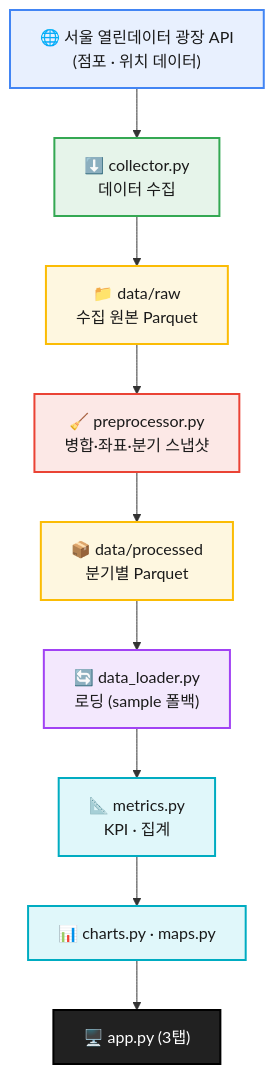
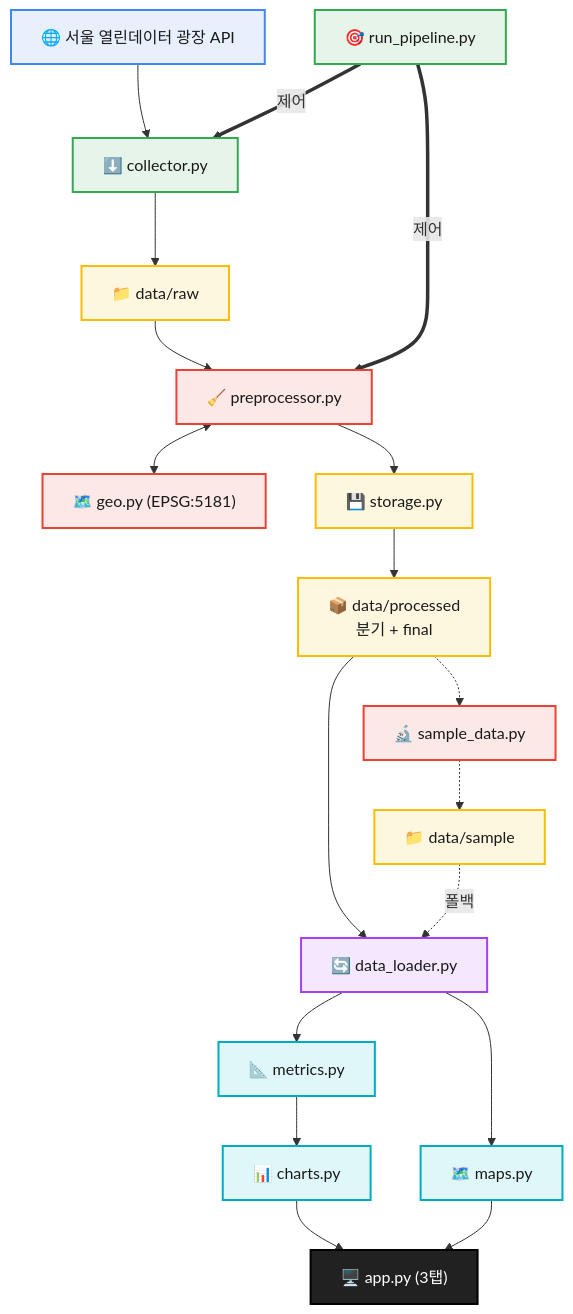
Before and after one commit to JamesRhee1/seoul-local-market-remake: the diagram in docs/project_notes.md, drawn with Mermaid. The commit also changed other lines of this file and 1 other file, not shown here.

Commit message:
Sync README and project notes with current pipeline architecture.
Add run_pipeline orchestration, storage/geo/sample_data nodes, and 52-test CI layout to docs.

````diff
--- a/docs/project_notes.md
+++ b/docs/project_notes.md
@@ -183,22 +183,38 @@
 ```mermaid
 flowchart TD
-    A["🌐 서울 열린데이터 광장 API<br/>(점포 · 위치 데이터)"]:::source
-    B["⬇️ collector.py<br/>데이터 수집"]:::collect
-    C["📁 data/raw<br/>수집 원본 Parquet"]:::store
-    D["🧹 preprocessor.py<br/>병합·좌표·분기 스냅샷"]:::process
-    E["📦 data/processed<br/>분기별 Parquet"]:::store
-    F["🔄 data_loader.py<br/>로딩 (sample 폴백)"]:::load
-    G["📐 metrics.py<br/>KPI · 집계"]:::analyze
-    H["📊 charts.py · maps.py"]:::analyze
-    I["🖥️ app.py (3탭)"]:::dashboard
+    API["🌐 서울 열린데이터 광장 API"]:::source
+    ORCH["🎯 run_pipeline.py"]:::collect
+    COL["⬇️ collector.py"]:::collect
+    RAW["📁 data/raw"]:::store
+    PRE["🧹 preprocessor.py"]:::process
+    GEO["🗺️ geo.py (EPSG:5181)"]:::process
+    STIO["💾 storage.py"]:::store
+    PROC["📦 data/processed<br/>분기 + final"]:::store
+    SMP["🔬 sample_data.py"]:::process
+    SAMPDIR["📁 data/sample"]:::store
+    LOAD["🔄 data_loader.py"]:::load
+    MET["📐 metrics.py"]:::analyze
+    CHART["📊 charts.py"]:::analyze
+    MAPS["🗺️ maps.py"]:::analyze
+    APP["🖥️ app.py (3탭)"]:::dashboard
 
-    A --> B --> C --> D --> E --> F --> G --> H --> I
+    API --> COL
+    ORCH ==>|제어| COL
+    COL --> RAW --> PRE
+    PRE <--> GEO
+    PRE --> STIO --> PROC
+    ORCH ==>|제어| PRE
+    PROC -.-> SMP -.-> SAMPDIR
+    PROC --> LOAD
+    SAMPDIR -.->|폴백| LOAD
+    LOAD --> MET --> CHART --> APP
+    LOAD --> MAPS --> APP
 
     classDef source fill:#E8F0FE,stroke:#4285F4,stroke-width:2px,color:#1a1a1a;
     classDef collect fill:#E6F4EA,stroke:#34A853,stroke-width:2px,color:#1a1a1a;
     classDef store fill:#FEF7E0,stroke:#FBBC04,stroke-width:2px,color:#1a1a1a;
     classDef process fill:#FCE8E6,stroke:#EA4335,stroke-width:2px,color:#1a1a1a;
     classDef load fill:#F3E8FD,stroke:#A142F4,stroke-width:2px,color:#1a1a1a;
     classDef analyze fill:#E0F7FA,stroke:#00ACC1,stroke-width:2px,color:#1a1a1a;
     classDef dashboard fill:#212121,stroke:#000000,stroke-width:2px,color:#ffffff;
 ```
````
